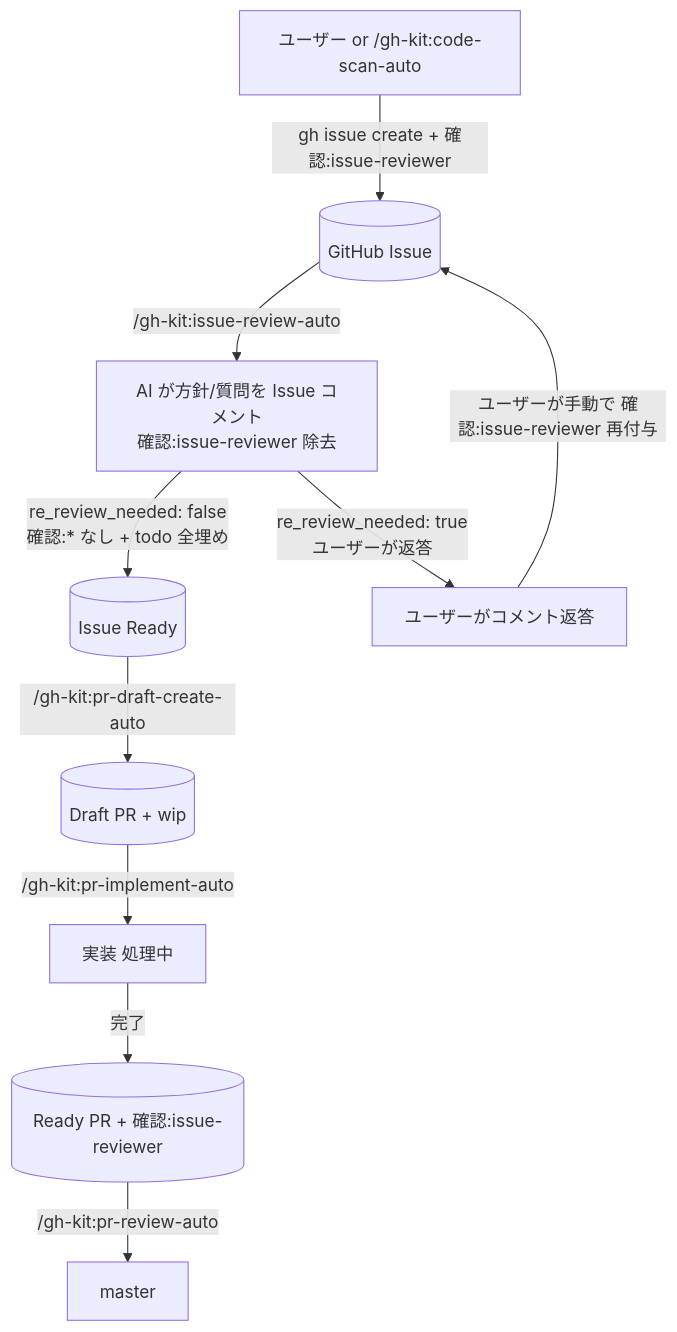
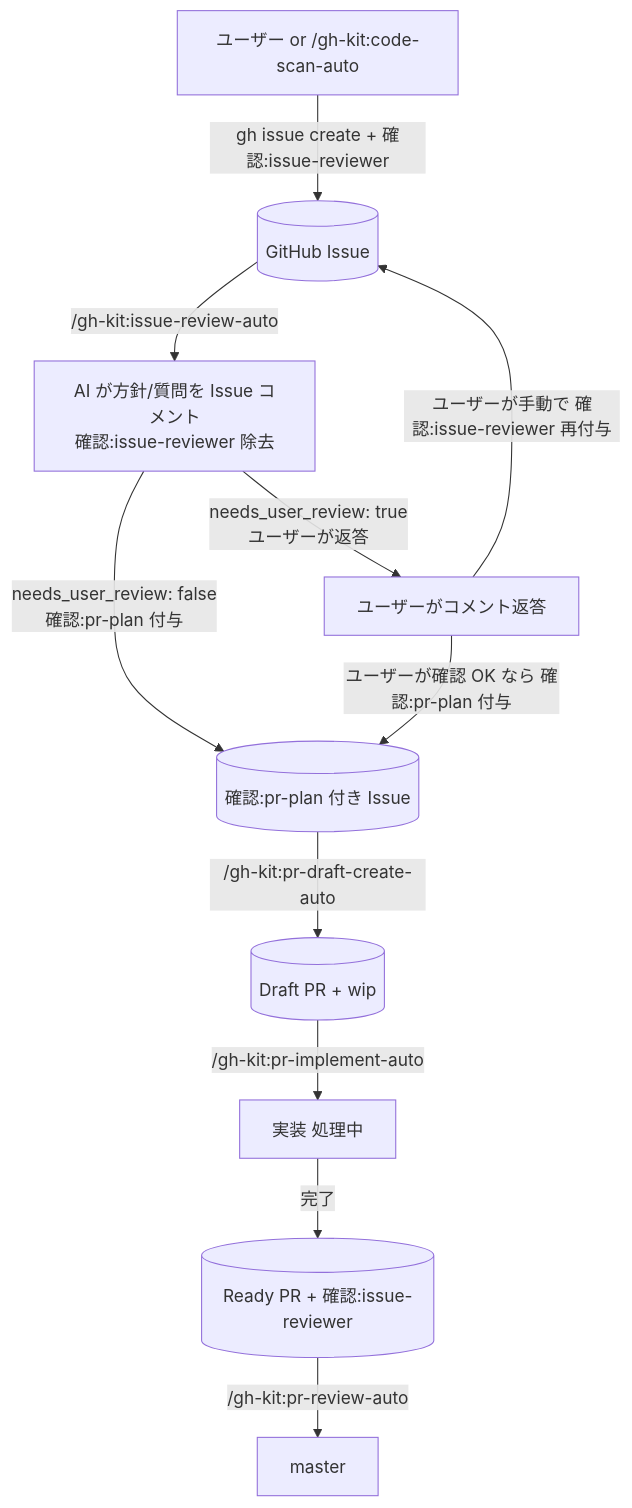
The diagram in plugins/gh-kit/CLAUDE.md (shuhei1101/my-plugins), drawn with Mermaid before and after one commit. The commit also changed other lines of this file and 5 other files, not shown here.

First line of the commit message:
refactor: pr-draft-create-auto の契機を確認:pr-plan ラベルに変更

````diff
--- a/plugins/gh-kit/CLAUDE.md
+++ b/plugins/gh-kit/CLAUDE.md
@@ -9,12 +9,13 @@
 ```mermaid
 flowchart TD
   U[ユーザー or /gh-kit:code-scan-auto] -->|gh issue create + 確認:issue-reviewer| Issue[(GitHub Issue)]
   Issue -->|/gh-kit:issue-review-auto| Review[AI が方針/質問を Issue コメント<br>確認:issue-reviewer 除去]
-  Review -->|re_review_needed: false<br>確認:* なし + todo 全埋め| Ready[(Issue Ready)]
-  Review -->|re_review_needed: true<br>ユーザーが返答| UserReply[ユーザーがコメント返答]
+  Review -->|needs_user_review: false<br>確認:pr-plan 付与| PlanOK[(確認:pr-plan 付き Issue)]
+  Review -->|needs_user_review: true<br>ユーザーが返答| UserReply[ユーザーがコメント返答]
   UserReply -->|ユーザーが手動で 確認:issue-reviewer 再付与| Issue
-  Ready -->|/gh-kit:pr-draft-create-auto| WIP[(Draft PR + wip)]
+  UserReply -->|ユーザーが確認 OK なら 確認:pr-plan 付与| PlanOK
+  PlanOK -->|/gh-kit:pr-draft-create-auto| WIP[(Draft PR + wip)]
   WIP -->|/gh-kit:pr-implement-auto| Implementing[実装 処理中]
   Implementing -->|完了| NAR[(Ready PR + 確認:issue-reviewer)]
   NAR -->|/gh-kit:pr-review-auto| Merged[master]
 ```
````
